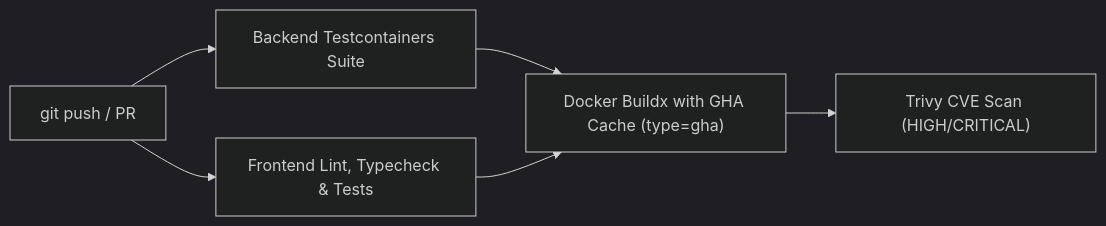
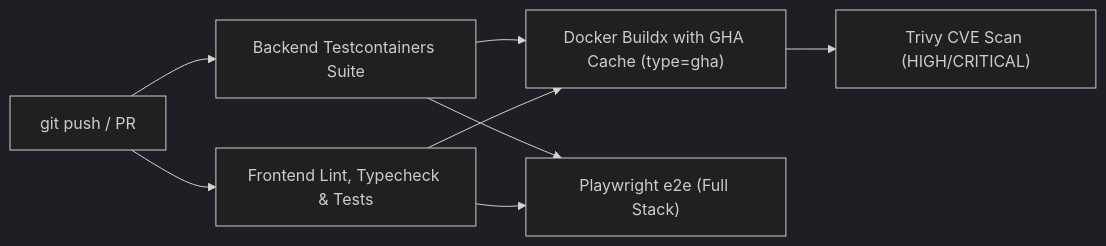
One commit to shvmpk/stock-ledger changed the diagram in docs/pages/DOCKER-GUIDE.md. Above: the diagram before and after it, drawn with Mermaid (dark theme). The commit also changed other lines of this file and 10 other files, not shown here.

First line of the commit message:
feat(e2e): add one Playwright journey against the full containerized stack

````diff
--- a/docs/pages/DOCKER-GUIDE.md
+++ b/docs/pages/DOCKER-GUIDE.md
@@ -143,8 +143,10 @@
 ```mermaid
 flowchart LR
     A["git push / PR"] --> B["Backend Testcontainers Suite"]
     A --> C["Frontend Lint, Typecheck & Tests"]
     B --> D["Docker Buildx with GHA Cache (type=gha)"]
     C --> D
     D --> E["Trivy CVE Scan (HIGH/CRITICAL)"]
+    B --> F["Playwright e2e (Full Stack)"]
+    C --> F
 ```
````
